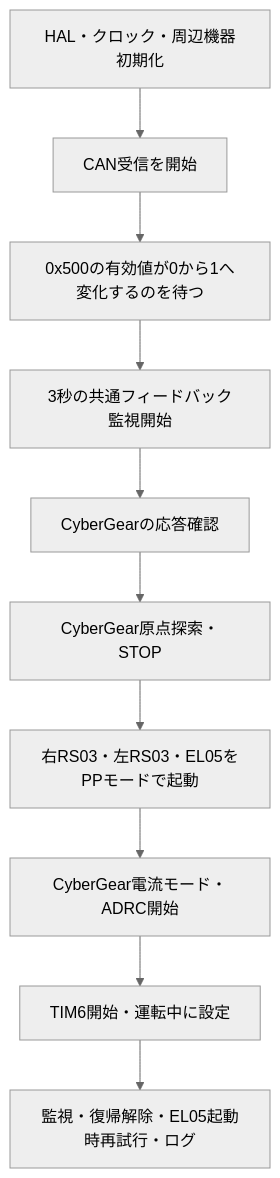
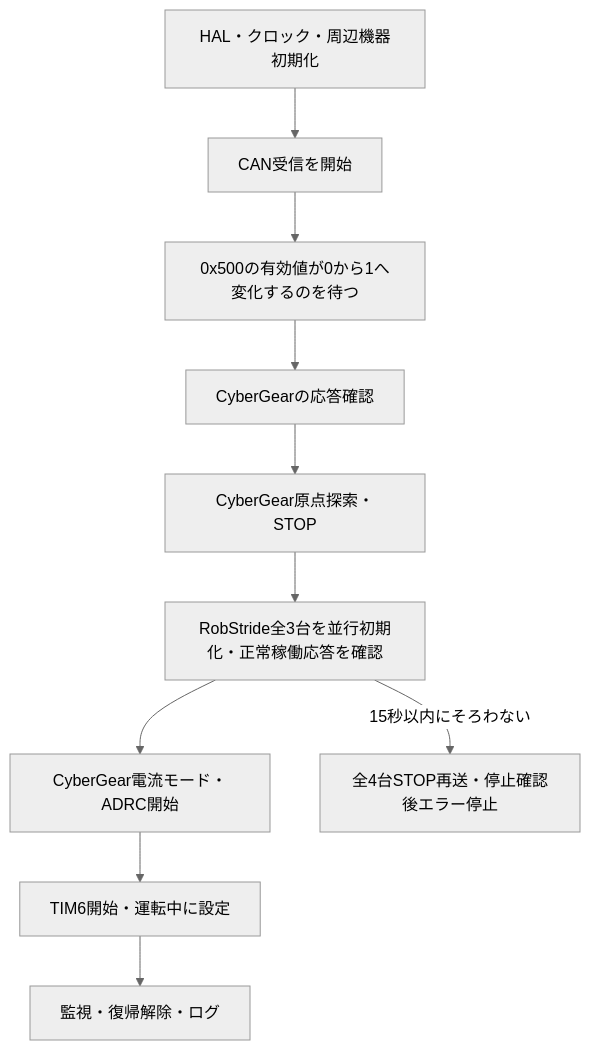
The diagram in docs/firmware-spec.md (T-semi-Tohoku-Uni/catch2026_robstride), drawn with Mermaid (neutral theme) before and after one commit. The commit also changed other lines of this file and 7 other files, not shown here.

````diff
--- a/docs/firmware-spec.md
+++ b/docs/firmware-spec.md
@@ -143,12 +144,12 @@
 ```mermaid
 flowchart TD
     A[HAL・クロック・周辺機器初期化] --> B[CAN受信を開始]
     B --> C[0x500の有効値が0から1へ変化するのを待つ]
-    C --> D[3秒の共通フィードバック監視開始]
-    D --> E[CyberGearの応答確認]
+    C --> E[CyberGearの応答確認]
     E --> F[CyberGear原点探索・STOP]
-    F --> G[右RS03・左RS03・EL05をPPモードで起動]
+    F --> G[RobStride全3台を並行初期化・正常稼働応答を確認]
     G --> H[CyberGear電流モード・ADRC開始]
     H --> I[TIM6開始・運転中に設定]
-    I --> J[監視・復帰解除・EL05起動時再試行・ログ]
+    I --> J[監視・復帰解除・ログ]
+    G -->|15秒以内にそろわない| K[全4台STOP再送・停止確認後エラー停止]
 ```
````
